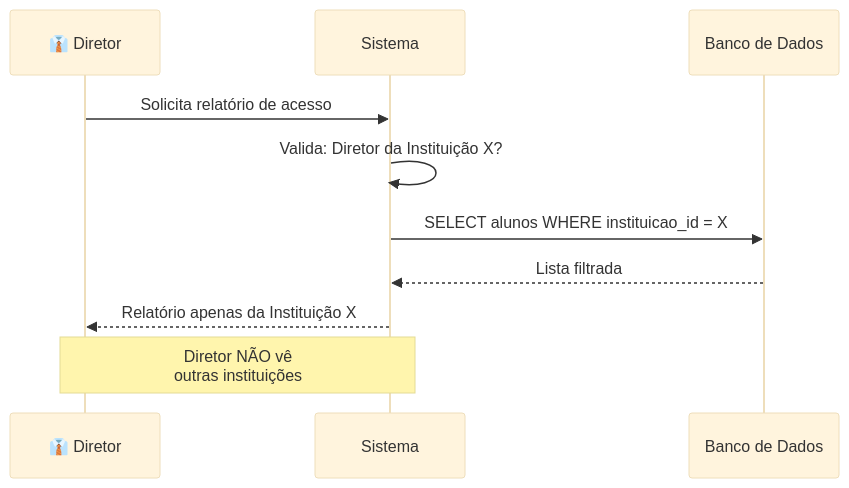
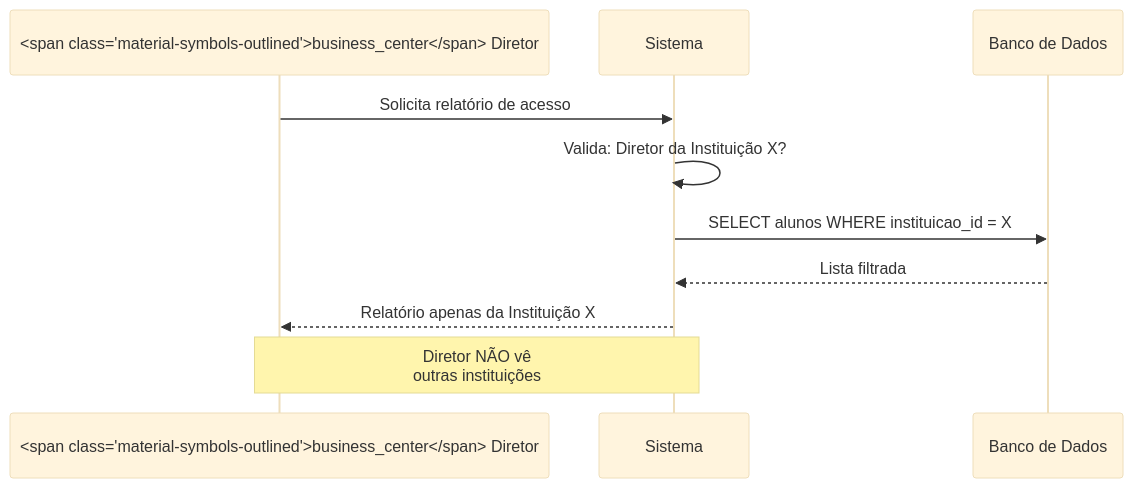
One commit to fabioeducacross/Ambiente_de_Prototipacao_V5 changed the third of 5 diagrams in documentation/docs/business-rules/access-control.md. Above: the diagram before and after it, drawn with Mermaid (base theme). The commit also changed other lines of this file and 46 other files, not shown here.

First line of the commit message:
feat: substitui emojis por Material Symbols icons na wiki

````diff
--- a/documentation/docs/business-rules/access-control.md
+++ b/documentation/docs/business-rules/access-control.md
@@ -134,14 +134,14 @@
 ```mermaid
 sequenceDiagram
-    participant D as 👔 Diretor
+    participant D as <span class="material-symbols-outlined">business_center</span> Diretor
     participant S as Sistema
     participant DB as Banco de Dados
     
     D->>S: Solicita relatório de acesso
     S->>S: Valida: Diretor da Instituição X?
     S->>DB: SELECT alunos WHERE instituicao_id = X
     DB-->>S: Lista filtrada
     S-->>D: Relatório apenas da Instituição X
     
     Note over D,S: Diretor NÃO vê<br/>outras instituições
 ```
````
